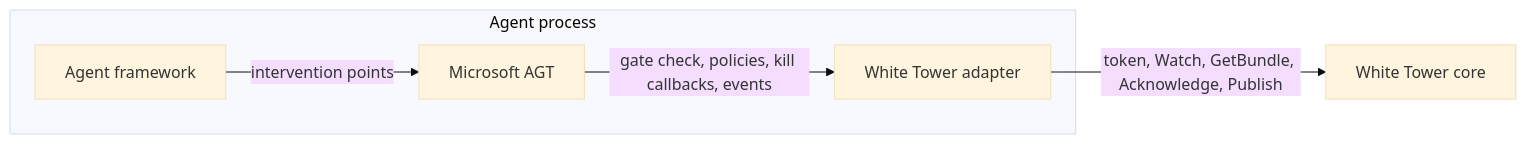
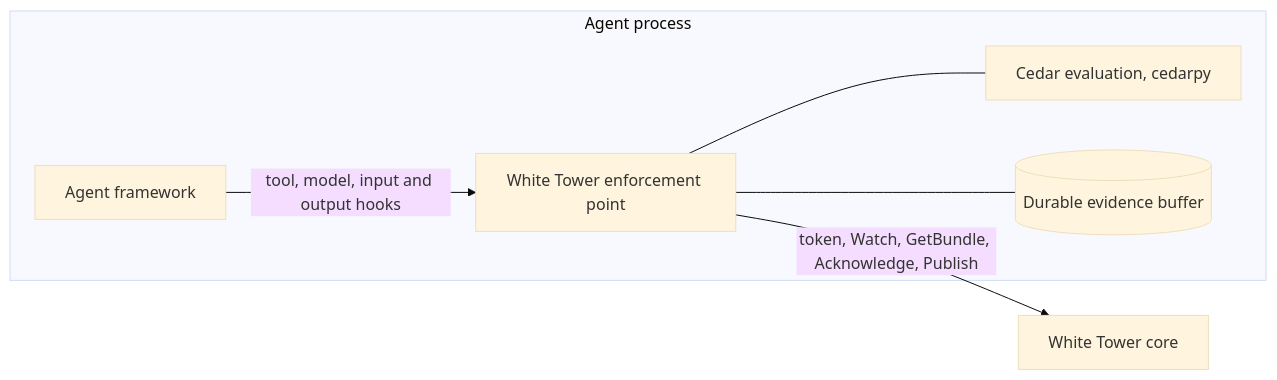
One commit to J466Y/WhiteTower changed the fifth of 6 diagrams in docs/architecture/mvp-architecture.md. Above: the diagram before and after it, drawn with Mermaid (base theme). The commit also changed other lines of this file and 35 other files, not shown here.

````diff
--- a/docs/architecture/mvp-architecture.md
+++ b/docs/architecture/mvp-architecture.md
@@ -275,8 +285,9 @@
 ```mermaid
 flowchart LR
     subgraph proc[Agent process]
-        FW[Agent framework] -- intervention points --> AGT[Microsoft AGT]
-        AGT -- gate check, policies, kill callbacks, events --> AD[White Tower adapter]
+        FW[Agent framework] -- tool, model, input and output hooks --> EP[White Tower enforcement point]
+        EP --- CEDAR[Cedar evaluation, cedarpy]
+        EP --- BUF[(Durable evidence buffer)]
     end
-    AD -- token, Watch, GetBundle, Acknowledge, Publish --> CORE[White Tower core]
+    EP -- token, Watch, GetBundle, Acknowledge, Publish --> CORE[White Tower core]
 ```
````
